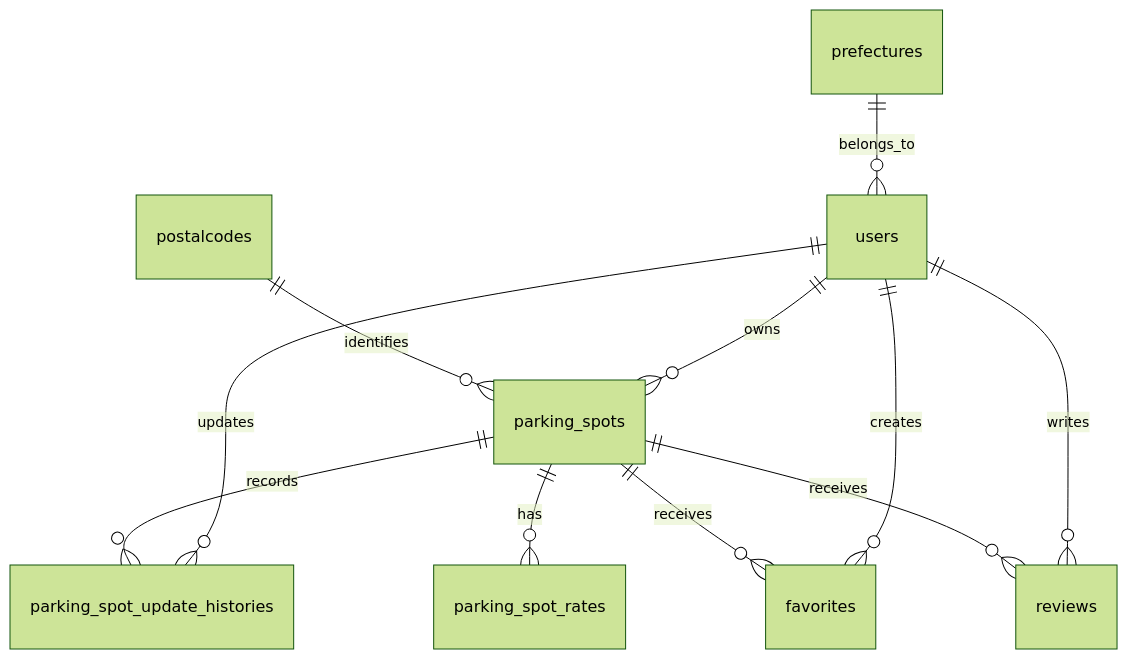
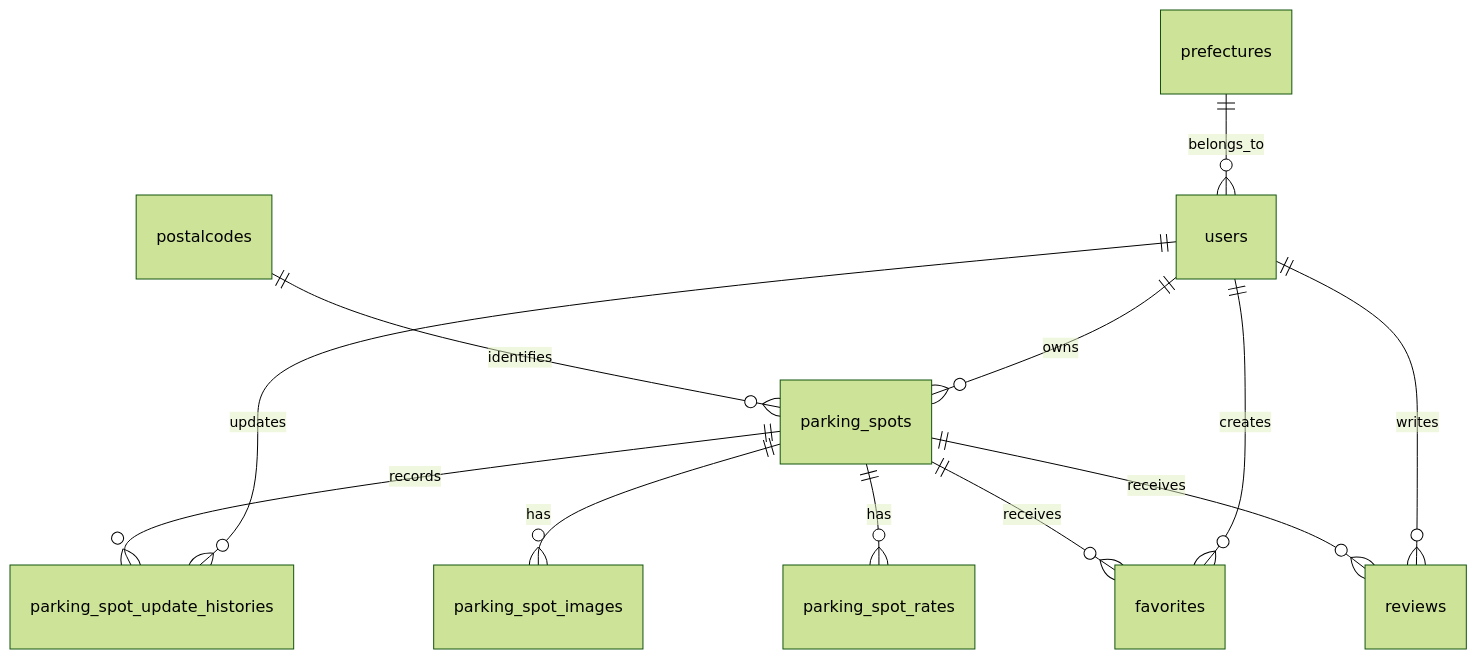
One commit to ariki41/BikeParking changed the second of 2 diagrams in doc/design.md. Above: the diagram before and after it, drawn with Mermaid (forest theme). The commit also changed other lines of this file and 14 other files, not shown here.

````diff
--- a/doc/design.md
+++ b/doc/design.md
@@ -97,13 +97,14 @@
 ```mermaid
 erDiagram
     users ||--o{ parking_spots : owns
     users ||--o{ parking_spot_update_histories : updates
     parking_spots ||--o{ parking_spot_update_histories : records
+    parking_spots ||--o{ parking_spot_images : has
     parking_spots ||--o{ parking_spot_rates : has
     users ||--o{ favorites : creates
     parking_spots ||--o{ favorites : receives
     users ||--o{ reviews : writes
     parking_spots ||--o{ reviews : receives
     prefectures ||--o{ users : belongs_to
     postalcodes ||--o{ parking_spots : identifies
 ```
````
